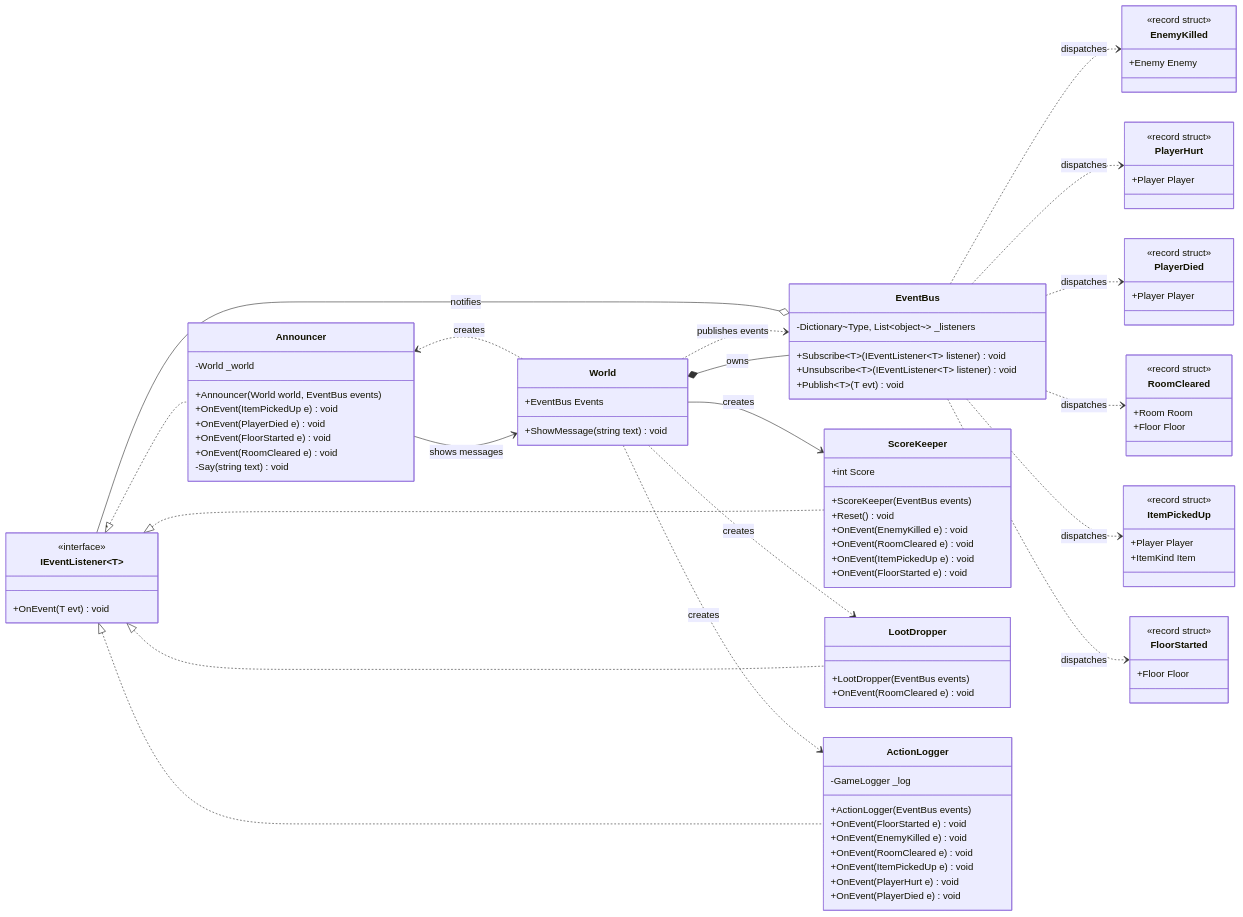
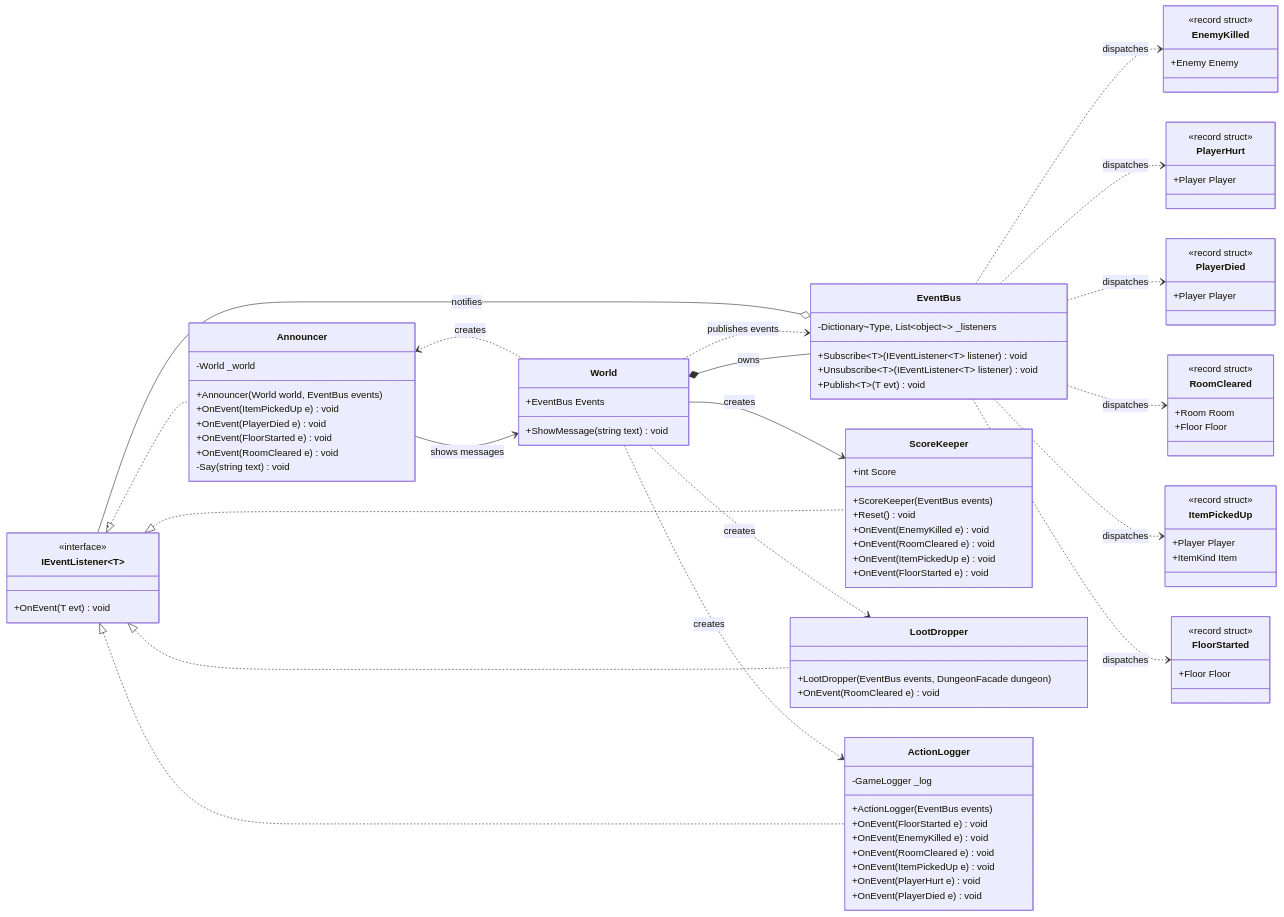
Before and after one commit to MyciuS/unhallowed: the diagram in docs/observer-class-diagram.mmd, drawn with Mermaid. The commit also changed 3 other files, not shown here.

Commit message:
point the builder, factory and observer docs at the dungeon facade

```diff
--- a/docs/observer-class-diagram.mmd
+++ b/docs/observer-class-diagram.mmd
@@ -1,103 +1,103 @@
 classDiagram
     direction LR
 
     class IEventListener~T~ {
         <<interface>>
         +OnEvent(T evt) void
     }
 
     class EventBus {
         -Dictionary~Type, List~object~~ _listeners
         +Subscribe~T~(IEventListener~T~ listener) void
         +Unsubscribe~T~(IEventListener~T~ listener) void
         +Publish~T~(T evt) void
     }
 
     class World {
         +EventBus Events
         +ShowMessage(string text) void
     }
 
     class ScoreKeeper {
         +int Score
         +ScoreKeeper(EventBus events)
         +Reset() void
         +OnEvent(EnemyKilled e) void
         +OnEvent(RoomCleared e) void
         +OnEvent(ItemPickedUp e) void
         +OnEvent(FloorStarted e) void
     }
 
     class Announcer {
         -World _world
         +Announcer(World world, EventBus events)
         +OnEvent(ItemPickedUp e) void
         +OnEvent(PlayerDied e) void
         +OnEvent(FloorStarted e) void
         +OnEvent(RoomCleared e) void
         -Say(string text) void
     }
 
     class LootDropper {
-        +LootDropper(EventBus events)
+        +LootDropper(EventBus events, DungeonFacade dungeon)
         +OnEvent(RoomCleared e) void
     }
 
     class ActionLogger {
         -GameLogger _log
         +ActionLogger(EventBus events)
         +OnEvent(FloorStarted e) void
         +OnEvent(EnemyKilled e) void
         +OnEvent(RoomCleared e) void
         +OnEvent(ItemPickedUp e) void
         +OnEvent(PlayerHurt e) void
         +OnEvent(PlayerDied e) void
     }
 
     class EnemyKilled {
         <<record struct>>
         +Enemy Enemy
     }
     class PlayerHurt {
         <<record struct>>
         +Player Player
     }
     class PlayerDied {
         <<record struct>>
         +Player Player
     }
     class RoomCleared {
         <<record struct>>
         +Room Room
         +Floor Floor
     }
     class ItemPickedUp {
         <<record struct>>
         +Player Player
         +ItemKind Item
     }
     class FloorStarted {
         <<record struct>>
         +Floor Floor
     }
 
     IEventListener~T~ <|.. ScoreKeeper
     IEventListener~T~ <|.. Announcer
     IEventListener~T~ <|.. LootDropper
     IEventListener~T~ <|.. ActionLogger
 
     EventBus o-- "*" IEventListener~T~ : notifies
     World *-- EventBus : owns
     World ..> EventBus : publishes events
     World --> ScoreKeeper : creates
     World ..> Announcer : creates
     World ..> LootDropper : creates
     World ..> ActionLogger : creates
     Announcer --> World : shows messages
 
     EventBus ..> EnemyKilled : dispatches
     EventBus ..> PlayerHurt : dispatches
     EventBus ..> PlayerDied : dispatches
     EventBus ..> RoomCleared : dispatches
     EventBus ..> ItemPickedUp : dispatches
     EventBus ..> FloorStarted : dispatches
```
